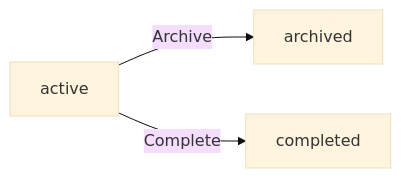
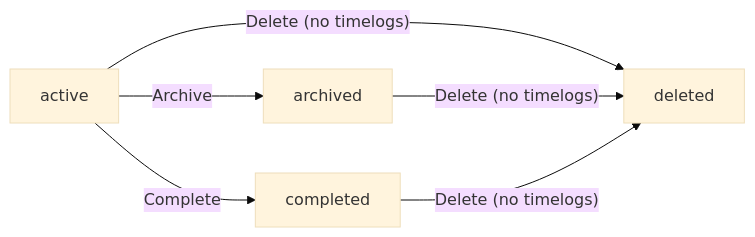
Before and after one commit to wrtnlabs/autobe-examples: diagram 11 of 14 in z-ai/glm-5/erp/docs/analysis/02-domain-model.md, drawn with Mermaid (base theme). The commit also changed other lines of this file and 3761 other files, not shown here.

````diff
--- a/z-ai/glm-5/erp/docs/analysis/02-domain-model.md
+++ b/z-ai/glm-5/erp/docs/analysis/02-domain-model.md
@@ -838,5 +785,8 @@
 ```mermaid
 flowchart LR
     A["active"] -->|"Archive"| B["archived"]
     A -->|"Complete"| C["completed"]
+    A -->|"Delete (no timelogs)"| D["deleted"]
+    B -->|"Delete (no timelogs)"| D
+    C -->|"Delete (no timelogs)"| D
 ```
````
